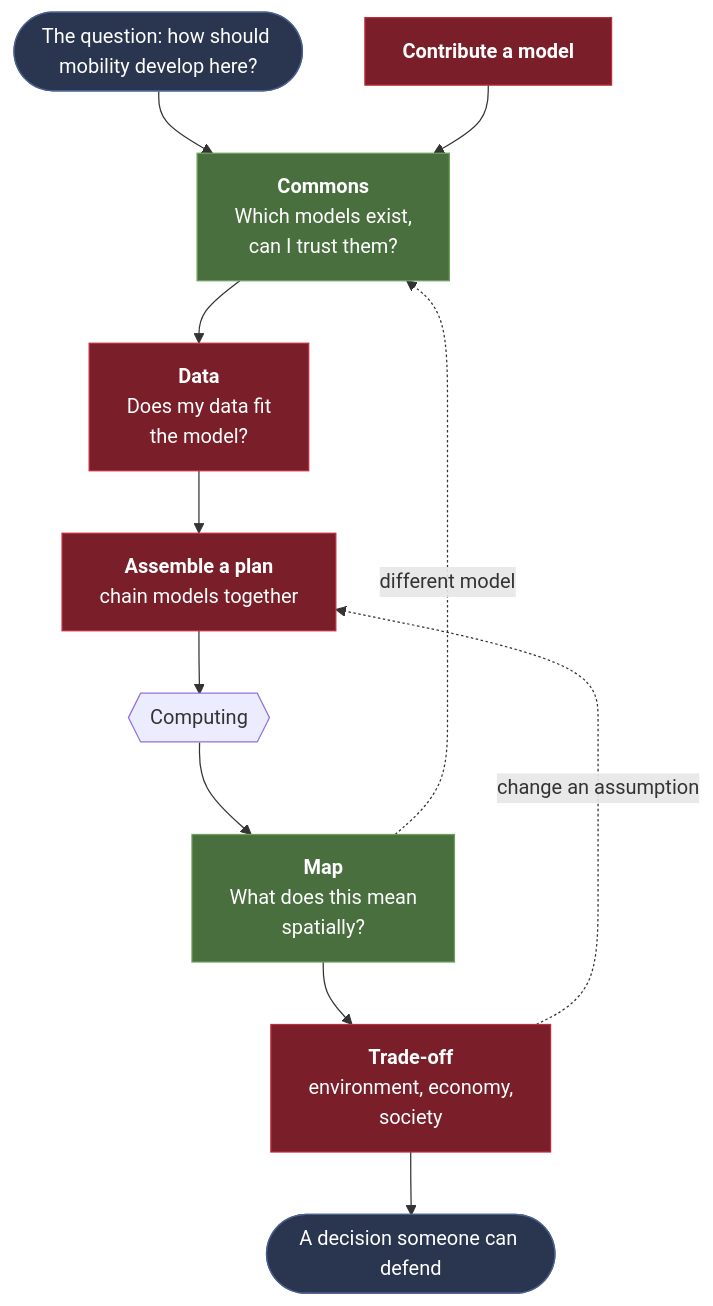
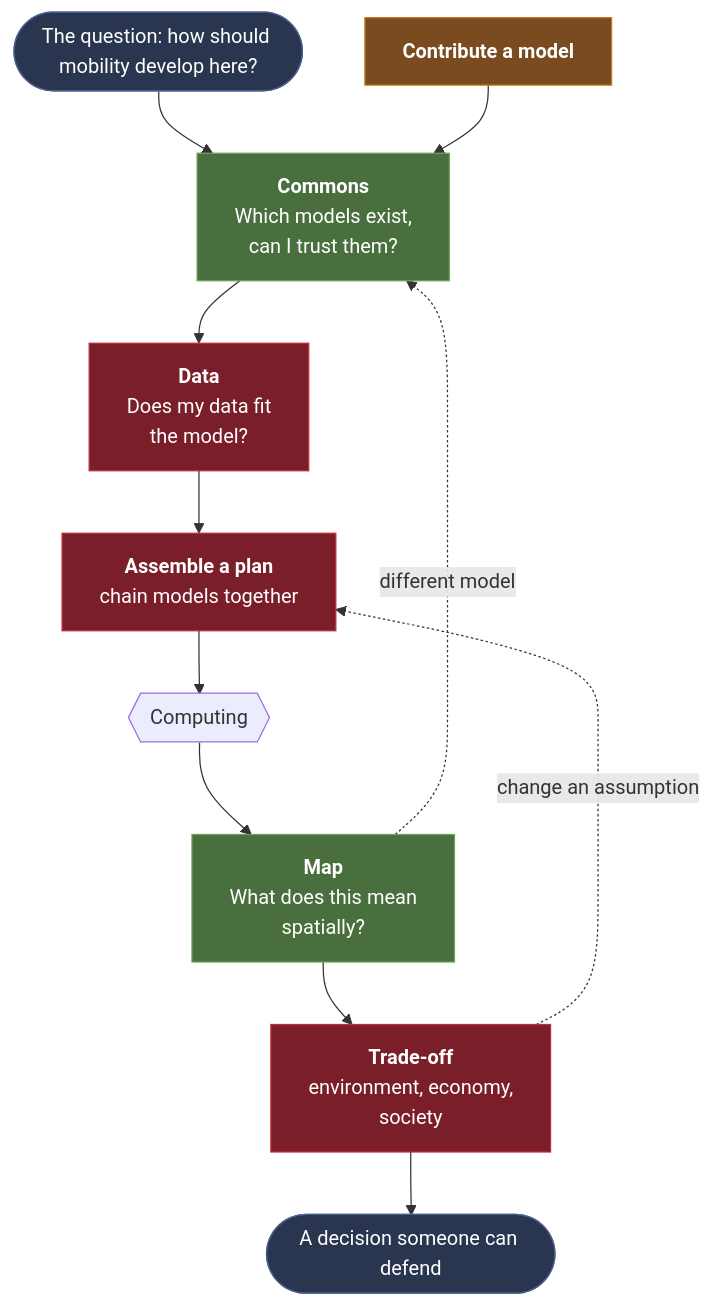
Before and after one commit to Urban-Futures-Collective/ump-x-frontend: the third of 4 diagrams in docs/frontend-flow-en.md, drawn with Mermaid. The commit also changed other lines of this file and 6 other files, not shown here.

First line of the commit message:
docs: bring README, frontend flow and architecture up to date

````diff
--- a/docs/frontend-flow-en.md
+++ b/docs/frontend-flow-en.md
@@ -144,26 +158,28 @@
 ```mermaid
 flowchart TD
     Question([The question: how should mobility develop here?])
 
     Question --> Commons
     Commons["<b>Commons</b><br/>Which models exist,<br/>can I trust them?"]
     Data["<b>Data</b><br/>Does my data fit<br/>the model?"]
     Build["<b>Assemble a plan</b><br/>chain models together"]
     Compute{{Computing}}
     Map["<b>Map</b><br/>What does this mean<br/>spatially?"]
     Weigh["<b>Trade-off</b><br/>environment, economy,<br/>society"]
     Done([A decision someone can defend])
 
     Commons --> Data --> Build --> Compute --> Map --> Weigh --> Done
     Weigh -.->|change an assumption| Build
     Map -.->|different model| Commons
 
     Contribute["<b>Contribute a model</b>"] --> Commons
 
     classDef partial fill:#4a6f3f,stroke:#6aa05a,color:#fff
+    classDef prototype fill:#7a4b1f,stroke:#c07a2a,color:#fff
     classDef missing fill:#7a1f2a,stroke:#c02a3a,color:#fff
     classDef endpoint fill:#2a3550,stroke:#4a6090,color:#fff
     class Commons,Map partial
-    class Data,Build,Weigh,Contribute missing
+    class Contribute prototype
+    class Data,Build,Weigh missing
     class Done,Question endpoint
 ```
````
